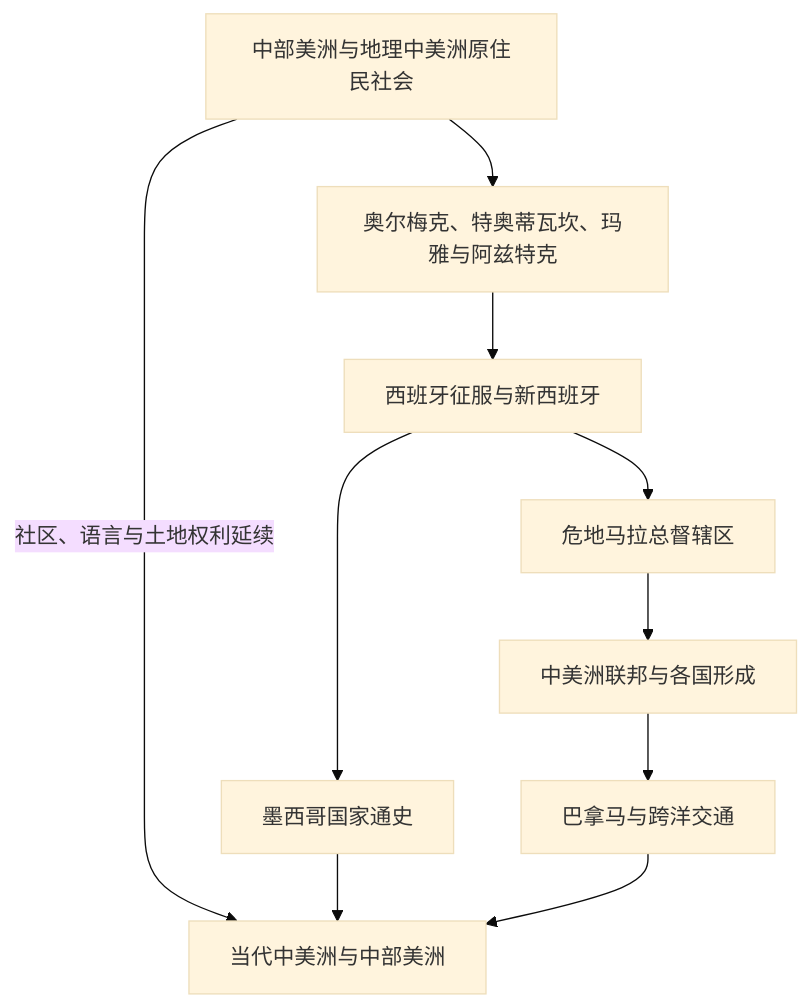
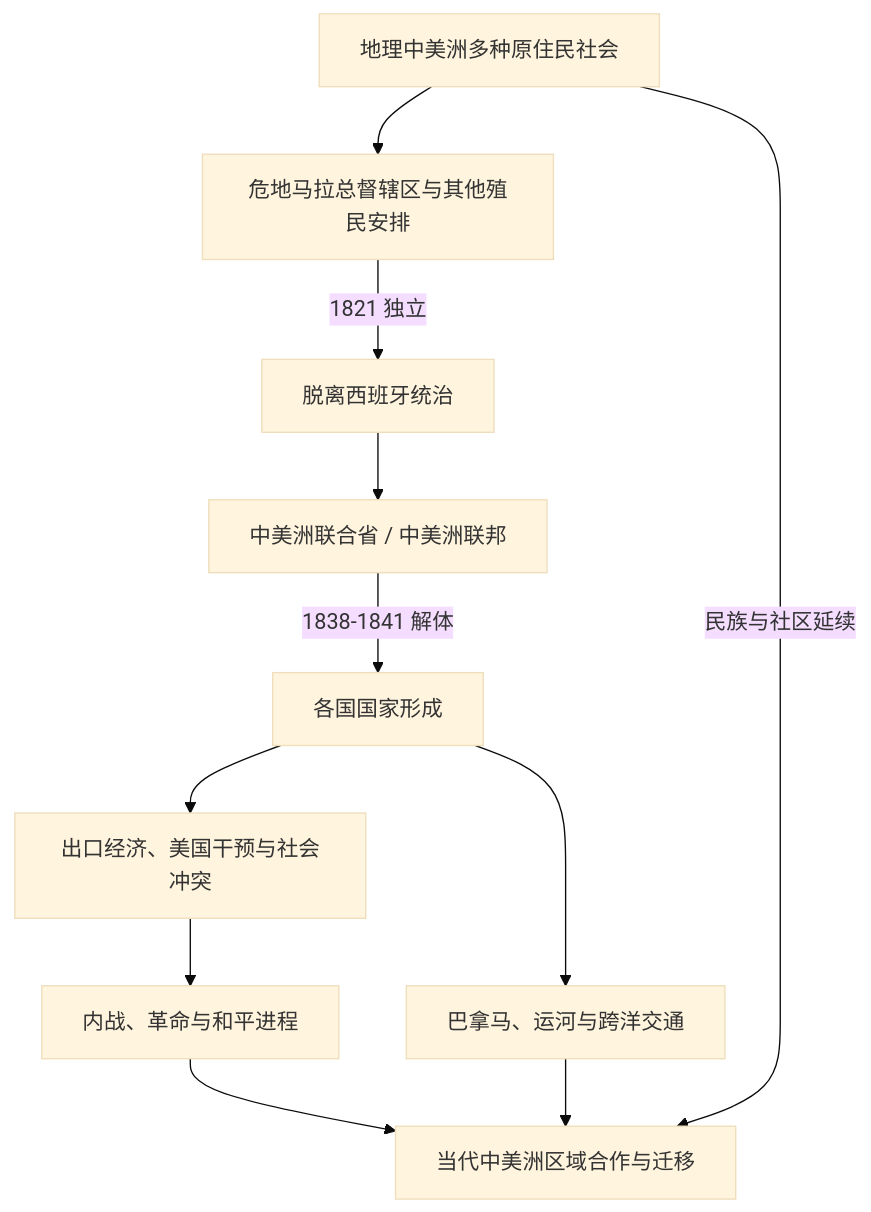
The second of 2 diagrams in 人文科学/历史/美洲/中美洲/README.md (tianlan-dev/learning-notes), drawn with Mermaid (base theme) before and after one commit. The commit also changed other lines of this file and 159 other files, not shown here.

````diff
--- a/人文科学/历史/美洲/中美洲/README.md
+++ b/人文科学/历史/美洲/中美洲/README.md
@@ -13,12 +30,13 @@
 ```mermaid
 flowchart TD
-    Indigenous["中部美洲与地理中美洲原住民社会"] --> Civilizations["奥尔梅克、特奥蒂瓦坎、玛雅与阿兹特克"]
-    Civilizations --> Conquest["西班牙征服与新西班牙"]
-    Conquest --> Mexico["墨西哥国家通史"]
-    Conquest --> Captaincy["危地马拉总督辖区"]
-    Captaincy --> Federation["中美洲联邦与各国形成"]
-    Federation --> Panama["巴拿马与跨洋交通"]
-    Indigenous -->|社区、语言与土地权利延续| Modern["当代中美洲与中部美洲"]
-    Mexico --> Modern
-    Panama --> Modern
+    Indigenous["地理中美洲多种原住民社会"] --> Colonial["危地马拉总督辖区与其他殖民安排"]
+    Colonial -->|1821 独立| Independence["脱离西班牙统治"]
+    Independence --> Federation["中美洲联合省 / 中美洲联邦"]
+    Federation -->|1838-1841 解体| States["各国国家形成"]
+    States --> Intervention["出口经济、美国干预与社会冲突"]
+    Intervention --> Peace["内战、革命与和平进程"]
+    States --> Panama["巴拿马、运河与跨洋交通"]
+    Peace --> Contemporary["当代中美洲区域合作与迁移"]
+    Panama --> Contemporary
+    Indigenous -->|民族与社区延续| Contemporary
 ```
````
